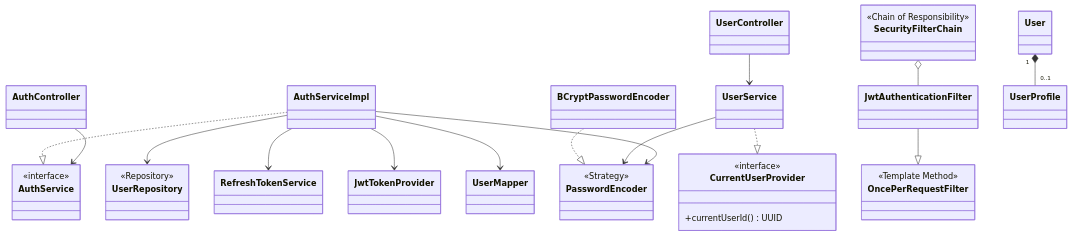
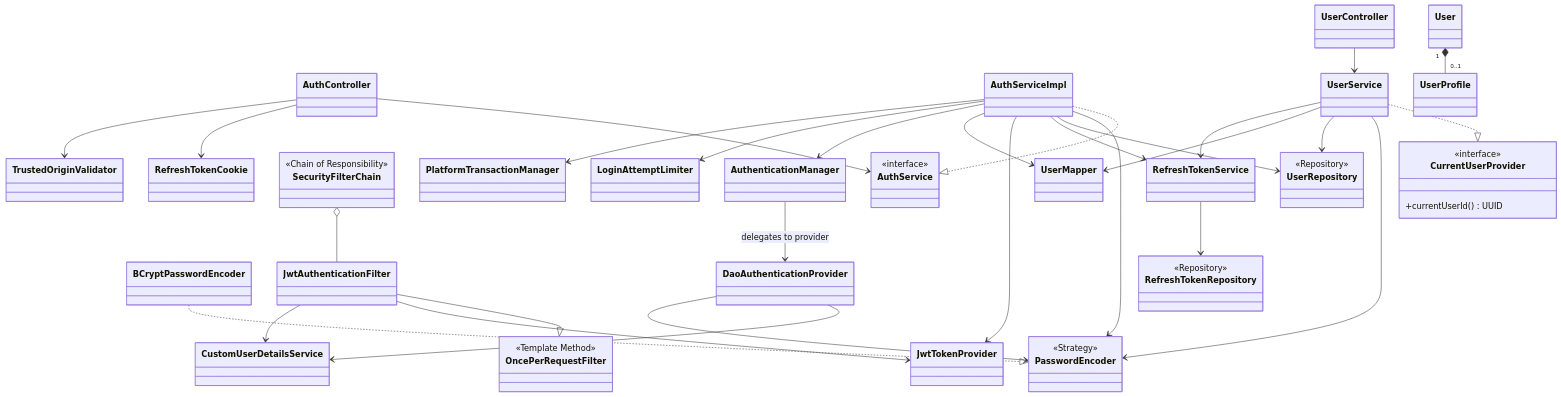
The third of 4 diagrams in doc/diagrams/class-diagram.md (lillianxhub/freelance-hub), drawn with Mermaid before and after one commit. The commit also changed other lines of this file and 18 other files, not shown here.

Commit message:
docs: sync project documentation, consolidate sequence diagrams and update deployment links

````diff
--- a/doc/diagrams/class-diagram.md
+++ b/doc/diagrams/class-diagram.md
@@ -219,48 +219,72 @@
 ```mermaid
 classDiagram
     class AuthController
     class UserController
     class AuthService {
         <<interface>>
     }
     class AuthServiceImpl
     class CurrentUserProvider {
         <<interface>>
         +currentUserId() UUID
     }
     class UserService
     class PasswordEncoder {
         <<Strategy>>
     }
     class BCryptPasswordEncoder
     class OncePerRequestFilter {
         <<Template Method>>
     }
     class JwtAuthenticationFilter
     class SecurityFilterChain {
         <<Chain of Responsibility>>
     }
     class UserRepository {
         <<Repository>>
     }
+    class RefreshTokenRepository {
+        <<Repository>>
+    }
+    class AuthenticationManager
+    class DaoAuthenticationProvider
+    class CustomUserDetailsService
+    class RefreshTokenCookie
+    class TrustedOriginValidator
+    class LoginAttemptLimiter
+    class PlatformTransactionManager
     class RefreshTokenService
     class JwtTokenProvider
     class UserMapper
     class User
     class UserProfile
 
     AuthController --> AuthService
+    AuthController --> RefreshTokenCookie
+    AuthController --> TrustedOriginValidator
     AuthServiceImpl ..|> AuthService
     UserController --> UserService
     UserService ..|> CurrentUserProvider
     AuthServiceImpl --> PasswordEncoder
     UserService --> PasswordEncoder
     BCryptPasswordEncoder ..|> PasswordEncoder
     JwtAuthenticationFilter --|> OncePerRequestFilter
     SecurityFilterChain o-- JwtAuthenticationFilter
     AuthServiceImpl --> UserRepository
     AuthServiceImpl --> RefreshTokenService
     AuthServiceImpl --> JwtTokenProvider
     AuthServiceImpl --> UserMapper
+    AuthServiceImpl --> AuthenticationManager
+    AuthenticationManager --> DaoAuthenticationProvider : delegates to provider
+    DaoAuthenticationProvider --> CustomUserDetailsService
+    DaoAuthenticationProvider --> PasswordEncoder
+    AuthServiceImpl --> LoginAttemptLimiter
+    AuthServiceImpl --> PlatformTransactionManager
+    UserService --> UserRepository
+    UserService --> UserMapper
+    UserService --> RefreshTokenService
+    RefreshTokenService --> RefreshTokenRepository
+    JwtAuthenticationFilter --> JwtTokenProvider
+    JwtAuthenticationFilter --> CustomUserDetailsService
     User "1" *-- "0..1" UserProfile
 ```
````
